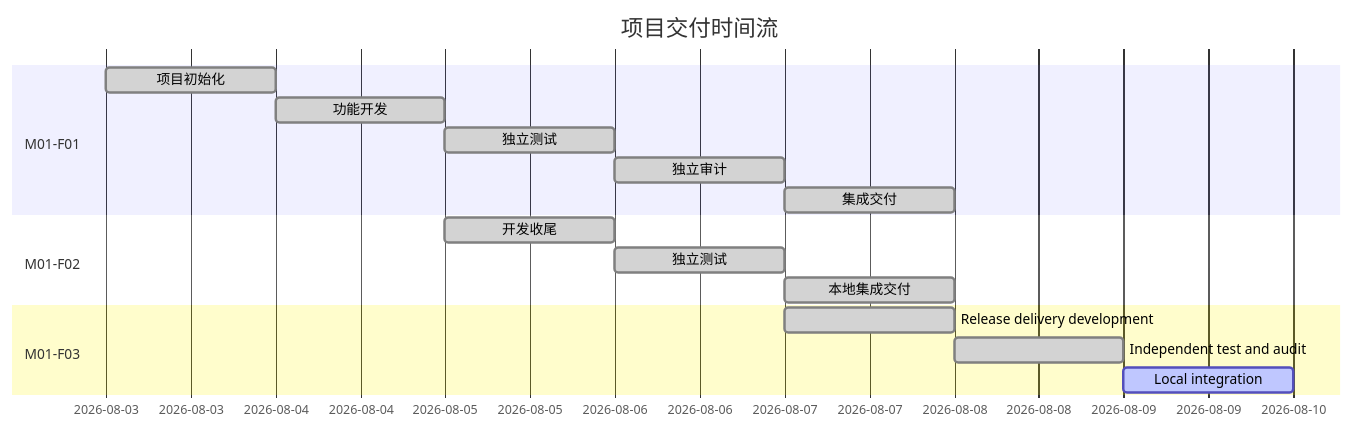
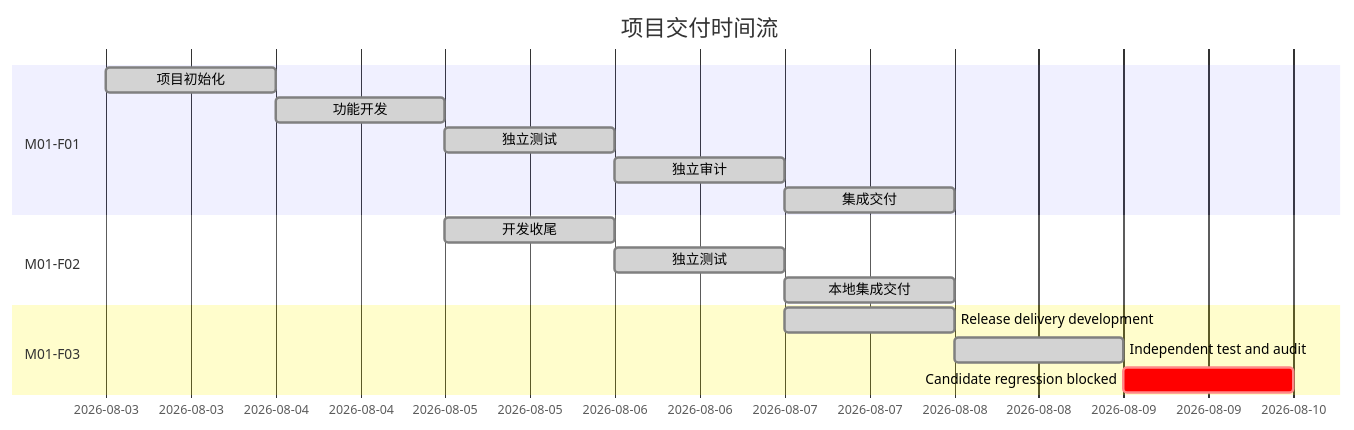
One commit to 23Lm-star/Calculator-Plugin changed the diagram in docs/ai-workflow/项目时间流.md. Above: the diagram before and after it, drawn with Mermaid. The commit also changed other lines of this file and 4 other files, not shown here.

Commit message:
docs(workflow): record blocked release candidate

````diff
--- a/docs/ai-workflow/项目时间流.md
+++ b/docs/ai-workflow/项目时间流.md
@@ -3,19 +3,19 @@
 ```mermaid
 gantt
     title 项目交付时间流
     dateFormat  YYYY-MM-DD
     section M01-F01
     项目初始化 :done, init, 2026-08-03, 1d
     功能开发 :done, dev, after init, 1d
     独立测试 :done, test, after dev, 1d
     独立审计 :done, audit, after test, 1d
     集成交付 :done, delivery, after audit, 1d
     section M01-F02
     开发收尾 :done, v11dev, 2026-08-05, 1d
     独立测试 :done, v11test, after v11dev, 1d
     本地集成交付 :done, v11integration, after v11test, 1d
     section M01-F03
     Release delivery development:done, releaseDev, 2026-08-07, 1d
     Independent test and audit :done, releaseTest, after releaseDev, 1d
-    Local integration :active, releaseIntegration, after releaseTest, 1d
+    Candidate regression blocked :crit, releaseIntegration, after releaseTest, 1d
 ```
````
